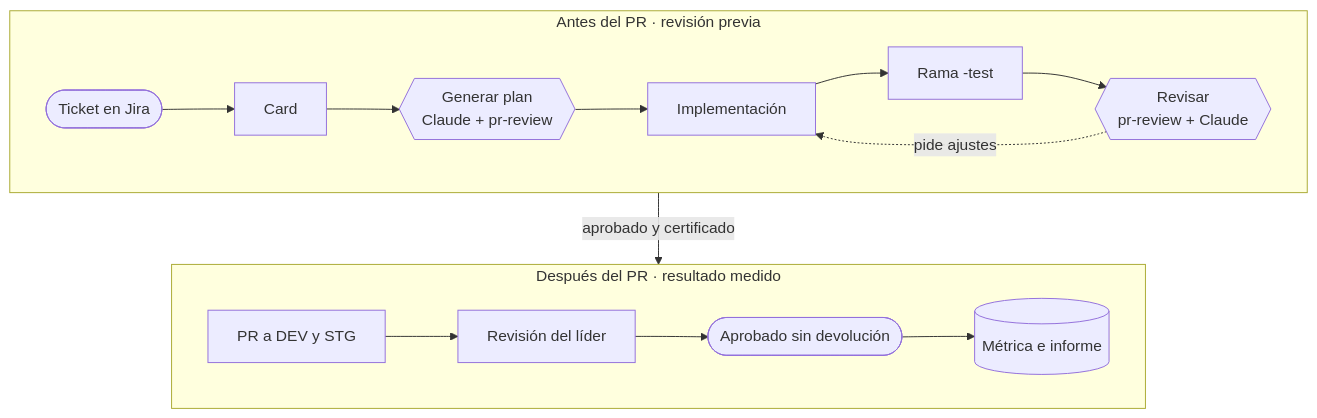
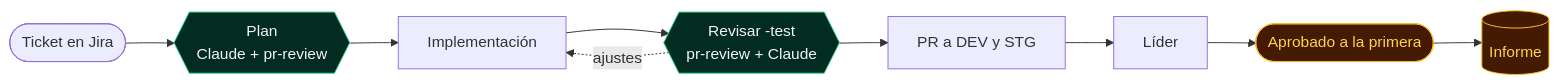
The third of 6 diagrams in README.md (esinergiajohan/smart-goals-2026), drawn with Mermaid before and after one commit. The commit also changed other lines of this file, not shown here.

Commit message:
docs: README en grid con la card en la cabecera

````diff
--- a/README.md
+++ b/README.md
@@ -187,19 +181,10 @@
 ```mermaid
-flowchart TB
-  subgraph antes[Antes del PR · revisión previa]
-    direction LR
-    A([Ticket en Jira]) --> B[Card]
-    B --> C{{Generar plan<br/>Claude + pr-review}}
-    C --> D[Implementación]
-    D --> E[Rama -test]
-    E --> F{{Revisar<br/>pr-review + Claude}}
-    F -. pide ajustes .-> D
-  end
-  subgraph despues[Después del PR · resultado medido]
-    direction LR
-    G[PR a DEV y STG] --> H[Revisión del líder]
-    H --> I([Aprobado sin devolución])
-    I --> J[(Métrica e informe)]
-  end
-  antes -- aprobado y certificado --> despues
+flowchart LR
+  A([Ticket en Jira]) --> C{{Plan<br/>Claude + pr-review}} --> D[Implementación] --> F{{Revisar -test<br/>pr-review + Claude}}
+  F -. ajustes .-> D
+  F --> G[PR a DEV y STG] --> H[Líder] --> I([Aprobado a la primera]) --> J[(Informe)]
+  classDef ia fill:#022c22,stroke:#34d399,color:#f4f4f5
+  classDef meta fill:#451a03,stroke:#fbbf24,color:#fcd34d
+  class C,F ia
+  class I,J meta
 ```
````
